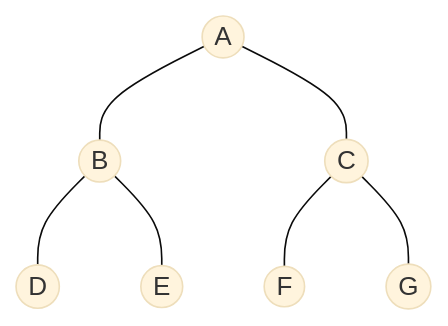
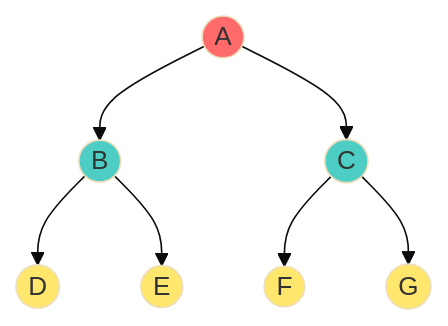
The first of 3 diagrams in tree/12_full_vs_complete_binary_tree.md (ARYAN-KUMAR-22/dsa), drawn with Mermaid (base theme) before and after one commit. The commit also changed other lines of this file and 4 other files, not shown here.

````diff
--- a/tree/12_full_vs_complete_binary_tree.md
+++ b/tree/12_full_vs_complete_binary_tree.md
@@ -18,9 +44,17 @@
 ```mermaid
 graph TD
-    A((A)) --- B((B))
-    A --- C((C))
-    B --- D((D))
-    B --- E((E))
-    C --- F((F))
-    C --- G((G))
+    A((A)) --> B((B))
+    A --> C((C))
+    B --> D((D))
+    B --> E((E))
+    C --> F((F))
+    C --> G((G))
+    
+    style A fill:#ff6b6b
+    style B fill:#4ecdc4
+    style C fill:#4ecdc4
+    style D fill:#ffe66d
+    style E fill:#ffe66d
+    style F fill:#ffe66d
+    style G fill:#ffe66d
 ```
````
